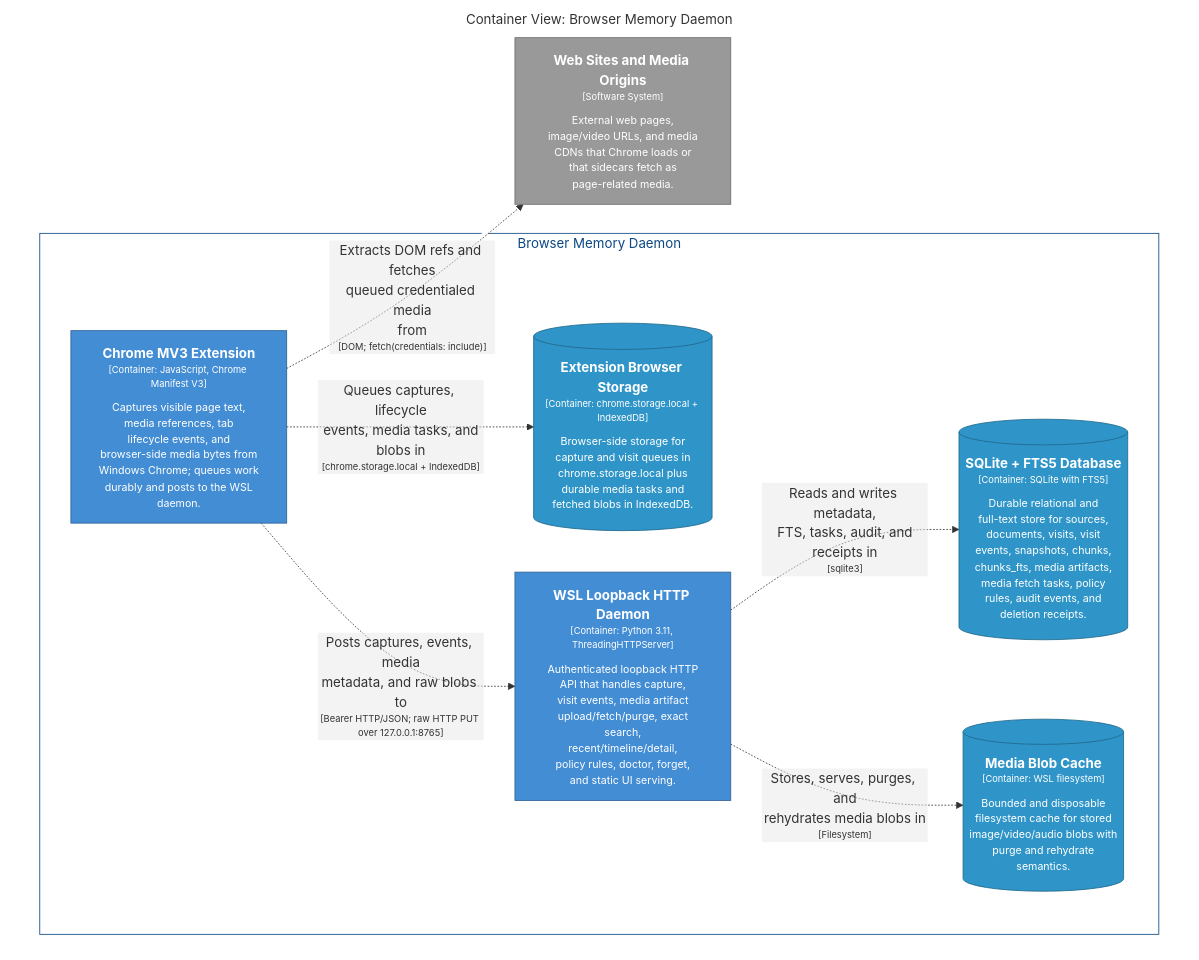
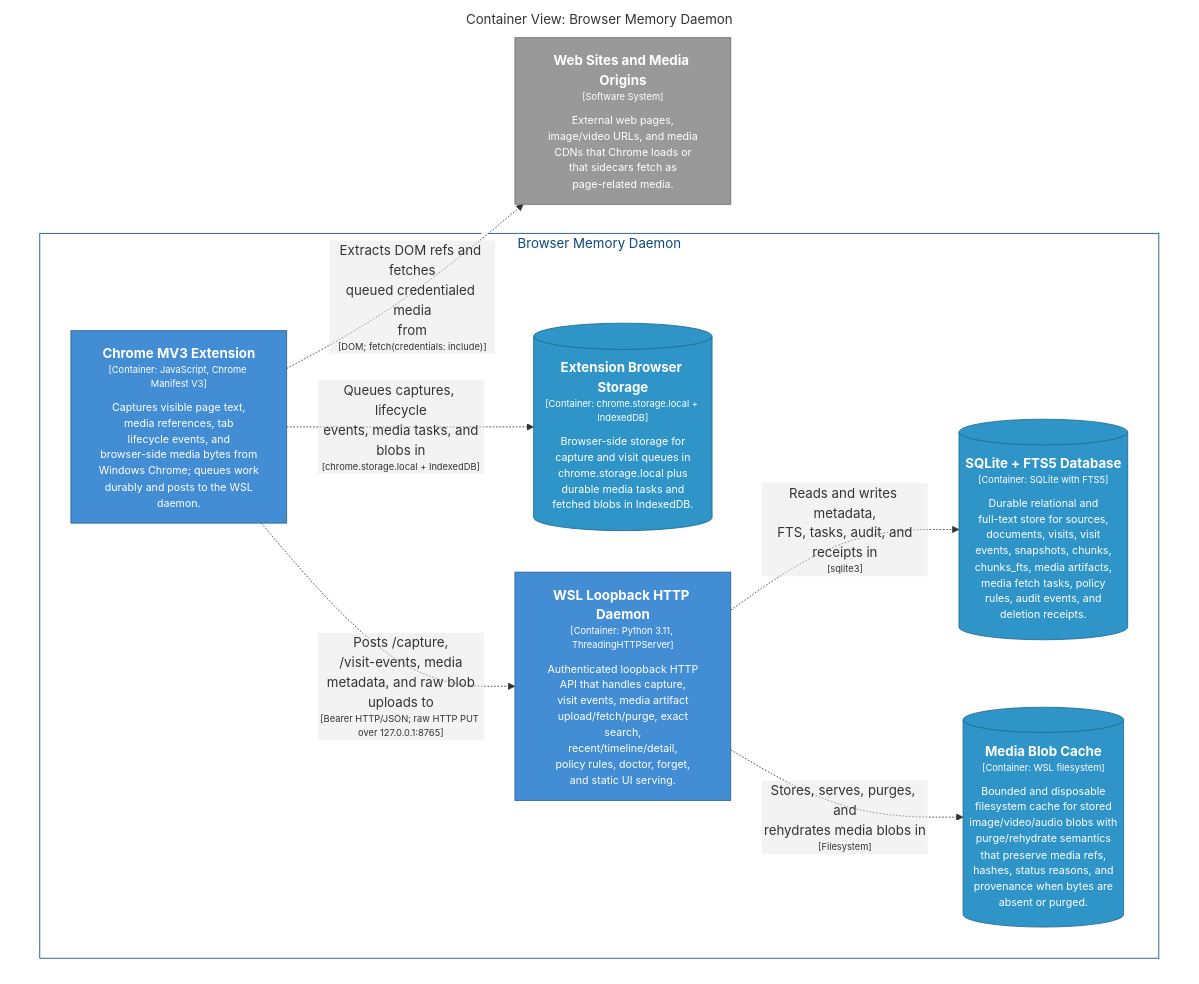
Before and after one commit to michaelnicks0/browser-memory-daemon: the diagram in architecture/diagrams/markdown/BrowserMediaContainers.md, drawn with Mermaid. The commit also changed 105 other files, not shown here.

Commit message:
docs: reconcile C4 and behavioral diagrams

````diff
--- a/architecture/diagrams/markdown/BrowserMediaContainers.md
+++ b/architecture/diagrams/markdown/BrowserMediaContainers.md
@@ -16,33 +16,33 @@
 ```mermaid
 graph TB
   linkStyle default fill:#ffffff
 
   subgraph diagram ["Container View: Browser Memory Daemon"]
     style diagram fill:#ffffff,stroke:#ffffff
 
     3["<div style='font-weight: bold'>Web Sites and Media Origins</div><div style='font-size: 70%; margin-top: 0px'>[Software System]</div><div style='font-size: 80%; margin-top:10px'>External web pages,<br />image/video URLs, and media<br />CDNs that Chrome loads or<br />that sidecars fetch as<br />page-related media.</div>"]
     style 3 fill:#999999,stroke:#6b6b6b,color:#ffffff
 
     subgraph 4 ["Browser Memory Daemon"]
       style 4 fill:#ffffff,stroke:#0b4884,color:#0b4884
 
       13[("<div style='font-weight: bold'>Extension Browser Storage</div><div style='font-size: 70%; margin-top: 0px'>[Container: chrome.storage.local + IndexedDB]</div><div style='font-size: 80%; margin-top:10px'>Browser-side storage for<br />capture and visit queues in<br />chrome.storage.local plus<br />durable media tasks and<br />fetched blobs in IndexedDB.</div>")]
       style 13 fill:#2f95c8,stroke:#20688c,color:#ffffff
       14["<div style='font-weight: bold'>WSL Loopback HTTP Daemon</div><div style='font-size: 70%; margin-top: 0px'>[Container: Python 3.11, ThreadingHTTPServer]</div><div style='font-size: 80%; margin-top:10px'>Authenticated loopback HTTP<br />API that handles capture,<br />visit events, media artifact<br />upload/fetch/purge, exact<br />search,<br />recent/timeline/detail,<br />policy rules, doctor, forget,<br />and static UI serving.</div>"]
       style 14 fill:#438dd5,stroke:#2e6295,color:#ffffff
       27[("<div style='font-weight: bold'>SQLite + FTS5 Database</div><div style='font-size: 70%; margin-top: 0px'>[Container: SQLite with FTS5]</div><div style='font-size: 80%; margin-top:10px'>Durable relational and<br />full-text store for sources,<br />documents, visits, visit<br />events, snapshots, chunks,<br />chunks_fts, media artifacts,<br />media fetch tasks, policy<br />rules, audit events, and<br />deletion receipts.</div>")]
       style 27 fill:#2f95c8,stroke:#20688c,color:#ffffff
-      29[("<div style='font-weight: bold'>Media Blob Cache</div><div style='font-size: 70%; margin-top: 0px'>[Container: WSL filesystem]</div><div style='font-size: 80%; margin-top:10px'>Bounded and disposable<br />filesystem cache for stored<br />image/video/audio blobs with<br />purge and rehydrate<br />semantics.</div>")]
+      29[("<div style='font-weight: bold'>Media Blob Cache</div><div style='font-size: 70%; margin-top: 0px'>[Container: WSL filesystem]</div><div style='font-size: 80%; margin-top:10px'>Bounded and disposable<br />filesystem cache for stored<br />image/video/audio blobs with<br />purge/rehydrate semantics<br />that preserve media refs,<br />hashes, status reasons, and<br />provenance when bytes are<br />absent or purged.</div>")]
       style 29 fill:#2f95c8,stroke:#20688c,color:#ffffff
       5["<div style='font-weight: bold'>Chrome MV3 Extension</div><div style='font-size: 70%; margin-top: 0px'>[Container: JavaScript, Chrome Manifest V3]</div><div style='font-size: 80%; margin-top:10px'>Captures visible page text,<br />media references, tab<br />lifecycle events, and<br />browser-side media bytes from<br />Windows Chrome; queues work<br />durably and posts to the WSL<br />daemon.</div>"]
       style 5 fill:#438dd5,stroke:#2e6295,color:#ffffff
     end
 
     5-. "<div>Extracts DOM refs and fetches<br />queued credentialed media<br />from</div><div style='font-size: 70%'>[DOM; fetch(credentials: include)]</div>" .->3
     5-. "<div>Queues captures, lifecycle<br />events, media tasks, and<br />blobs in</div><div style='font-size: 70%'>[chrome.storage.local + IndexedDB]</div>" .->13
-    5-. "<div>Posts captures, events, media<br />metadata, and raw blobs to</div><div style='font-size: 70%'>[Bearer HTTP/JSON; raw HTTP PUT over 127.0.0.1:8765]</div>" .->14
+    5-. "<div>Posts /capture,<br />/visit-events, media<br />metadata, and raw blob<br />uploads to</div><div style='font-size: 70%'>[Bearer HTTP/JSON; raw HTTP PUT over 127.0.0.1:8765]</div>" .->14
     14-. "<div>Reads and writes metadata,<br />FTS, tasks, audit, and<br />receipts in</div><div style='font-size: 70%'>[sqlite3]</div>" .->27
     14-. "<div>Stores, serves, purges, and<br />rehydrates media blobs in</div><div style='font-size: 70%'>[Filesystem]</div>" .->29
 
   end
 ```
````
